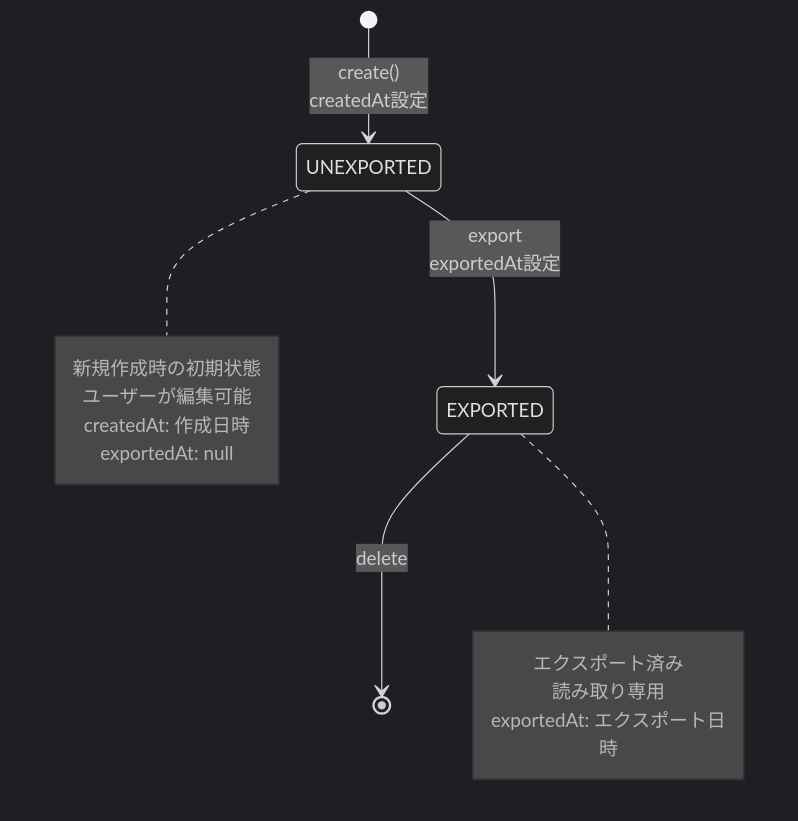
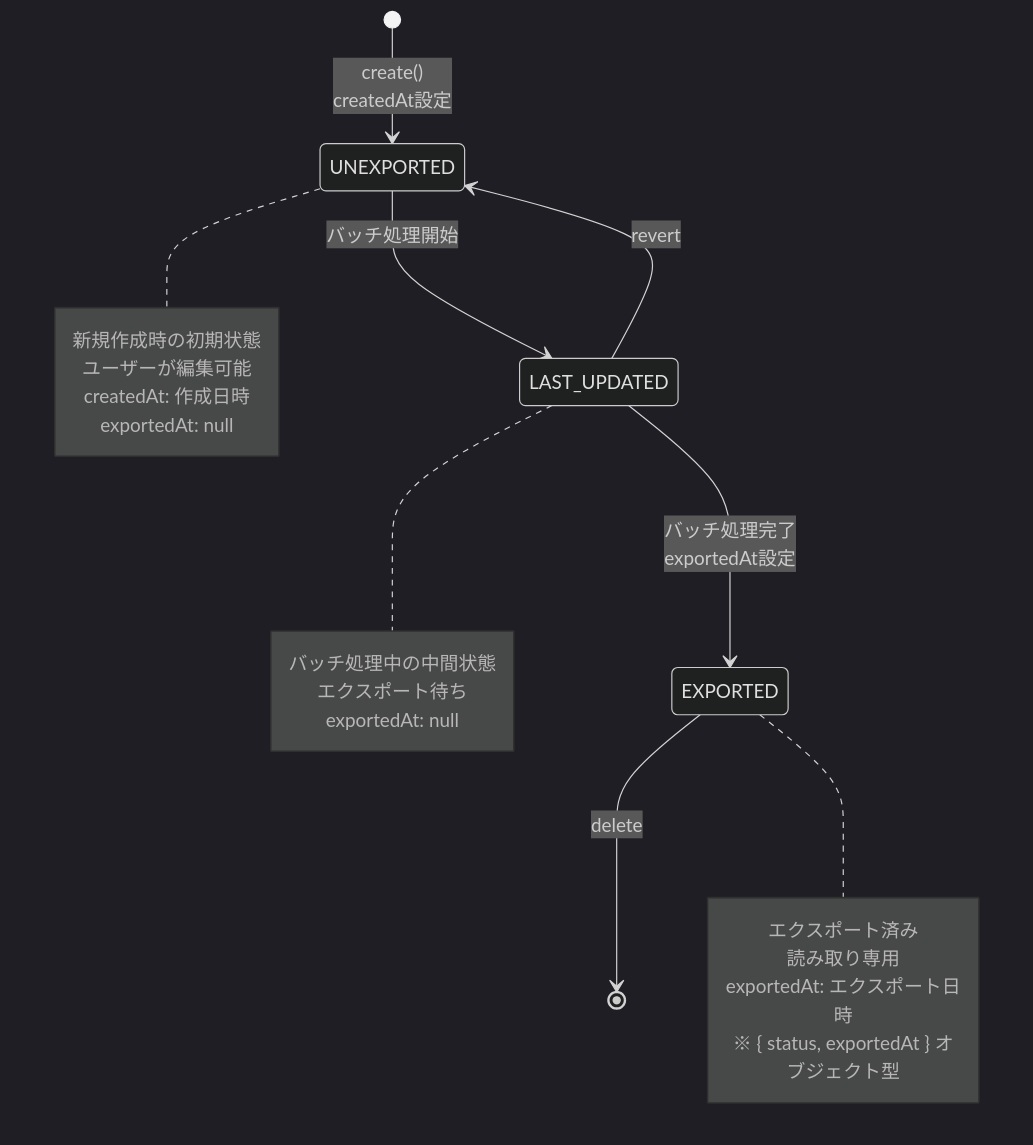
Before and after one commit to s-hirano-ist/s-private: the fourth of 8 diagrams in docs/domain-model.md, drawn with Mermaid (dark theme). The commit also changed other lines of this file and 2 other files, not shown here.

````diff
--- a/docs/domain-model.md
+++ b/docs/domain-model.md
@@ -195,19 +196,28 @@
 ```mermaid
 stateDiagram-v2
     [*] --> UNEXPORTED : create()<br/>createdAt設定
-    UNEXPORTED --> EXPORTED : export<br/>exportedAt設定
+    UNEXPORTED --> LAST_UPDATED : バッチ処理開始
+    LAST_UPDATED --> EXPORTED : バッチ処理完了<br/>exportedAt設定
+    LAST_UPDATED --> UNEXPORTED : revert
     EXPORTED --> [*] : delete
-    
+
     note right of UNEXPORTED
         新規作成時の初期状態
         ユーザーが編集可能
         createdAt: 作成日時
         exportedAt: null
     end note
-    
+
+    note right of LAST_UPDATED
+        バッチ処理中の中間状態
+        エクスポート待ち
+        exportedAt: null
+    end note
+
     note right of EXPORTED
         エクスポート済み
         読み取り専用
         exportedAt: エクスポート日時
+        ※ { status, exportedAt } オブジェクト型
     end note
 ```
````
